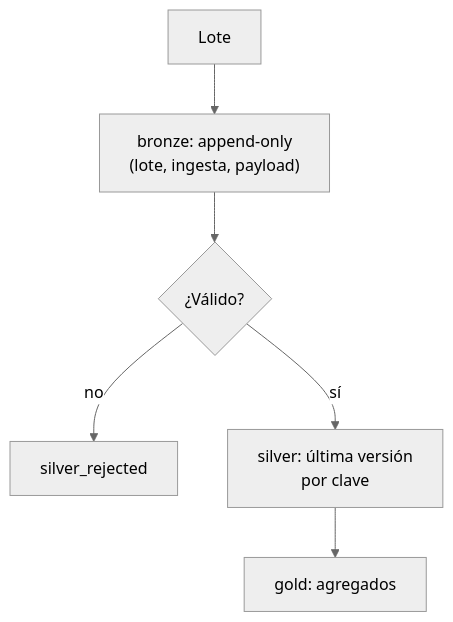
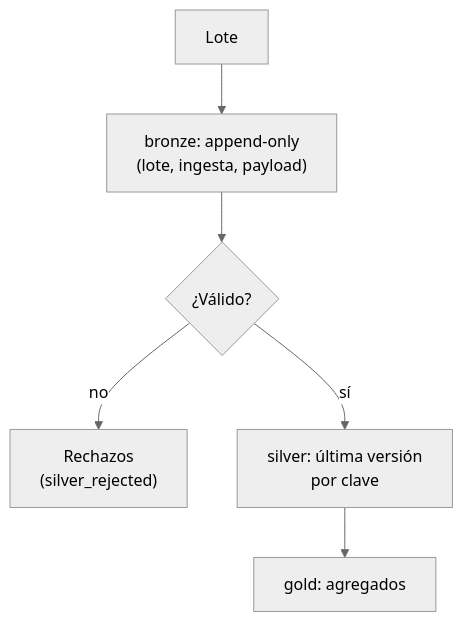
The second of 3 diagrams in content/architectures/medallion-architecture.md (fcp4891/de-knowledge-hub), drawn with Mermaid (neutral theme) before and after one commit. The commit also changed other lines of this file and 13 other files, not shown here.

````diff
--- a/content/architectures/medallion-architecture.md
+++ b/content/architectures/medallion-architecture.md
@@ -97,8 +97,8 @@
 ```mermaid
 flowchart TB
   L["Lote"] --> B["bronze: append-only<br/>(lote, ingesta, payload)"]
   B --> V{"¿Válido?"}
-  V -- "no" --> X["silver_rejected"]
+  V -- "no" --> X["Rechazos<br/>(silver_rejected)"]
   V -- "sí" --> S["silver: última versión<br/>por clave"]
   S --> G["gold: agregados"]
 ```
````
